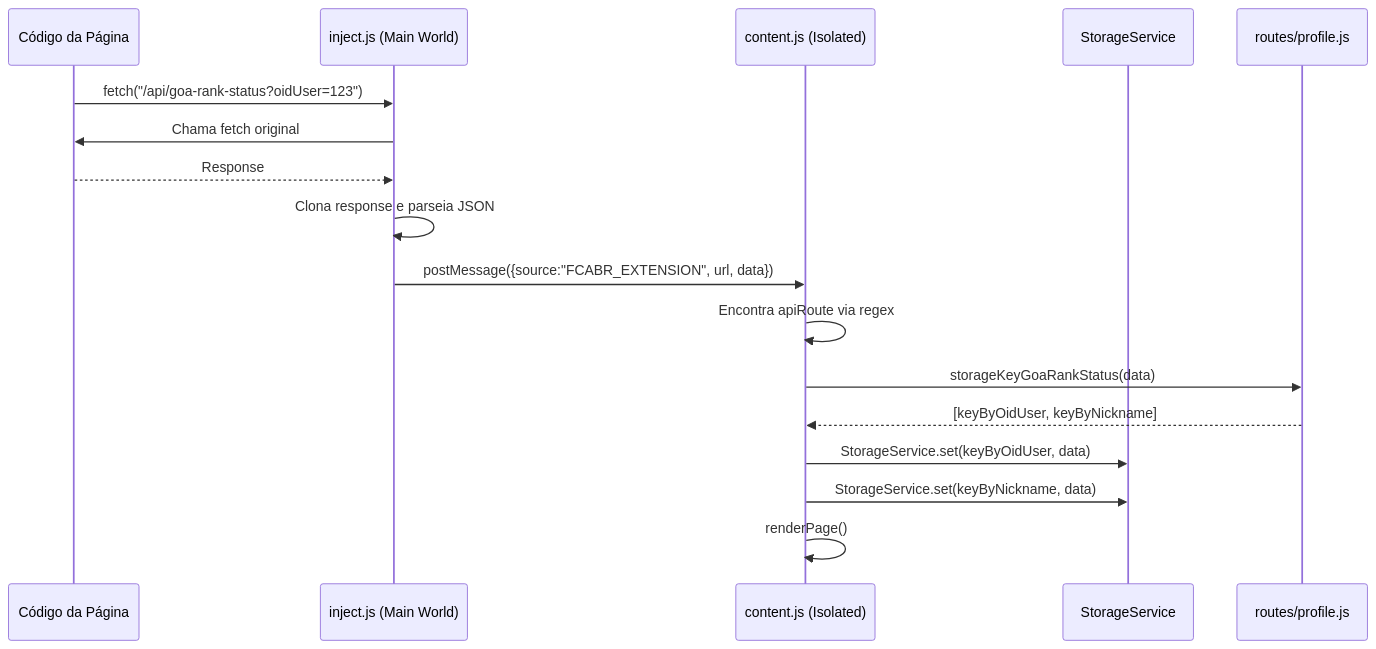
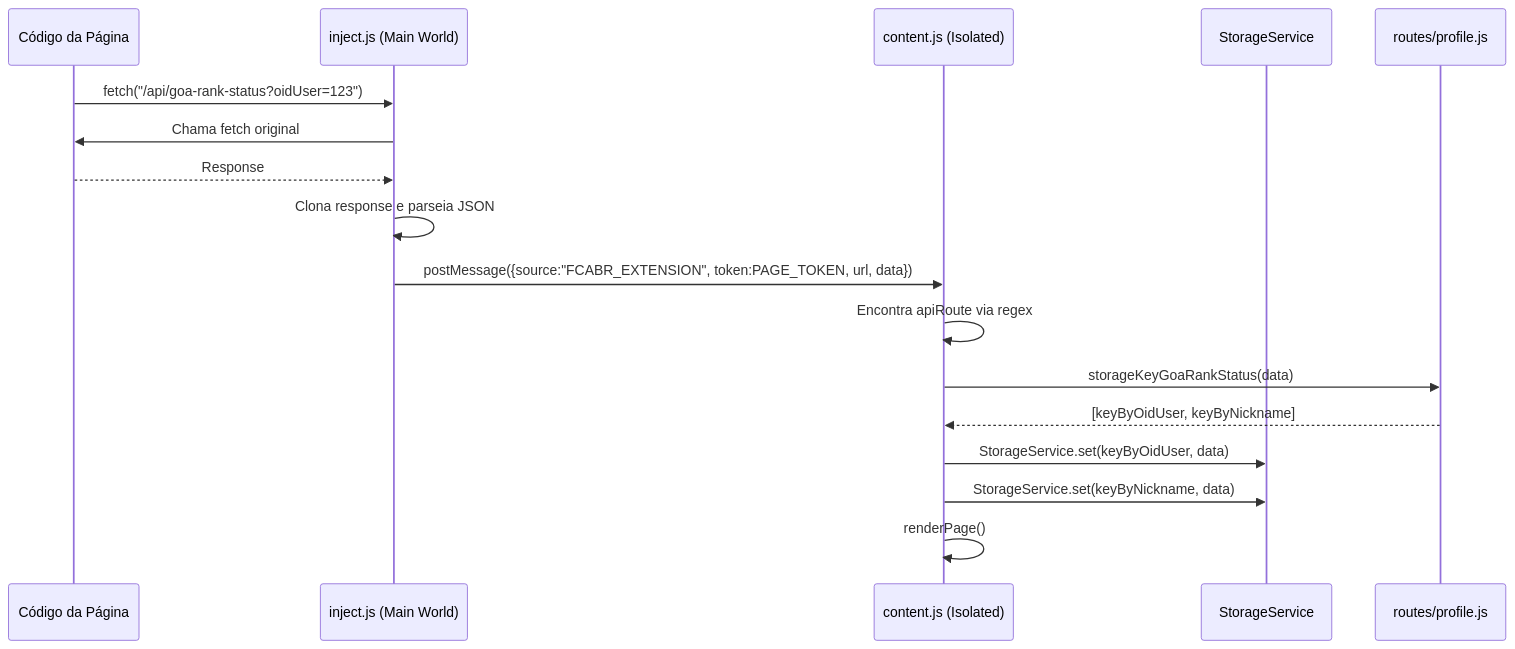
One commit to rafaelandrade74/fcabr-booster changed the second of 7 diagrams in documentation/FLOWS.md. Above: the diagram before and after it, drawn with Mermaid. The commit also changed other lines of this file and 6 other files, not shown here.

First line of the commit message:
docs: atualizar documentação para postMessage token e webpack dev/prod

````diff
--- a/documentation/FLOWS.md
+++ b/documentation/FLOWS.md
@@ -33,20 +34,20 @@
 ```mermaid
 sequenceDiagram
     participant Page as Código da Página
     participant Inject as inject.js (Main World)
     participant Content as content.js (Isolated)
     participant Storage as StorageService
     participant Profile as routes/profile.js
 
     Page->>Inject: fetch("/api/goa-rank-status?oidUser=123")
     Inject->>Page: Chama fetch original
     Page-->>Inject: Response
     Inject->>Inject: Clona response e parseia JSON
-    Inject->>Content: postMessage({source:"FCABR_EXTENSION", url, data})
+    Inject->>Content: postMessage({source:"FCABR_EXTENSION", token:PAGE_TOKEN, url, data})
     Content->>Content: Encontra apiRoute via regex
     Content->>Profile: storageKeyGoaRankStatus(data)
     Profile-->>Content: [keyByOidUser, keyByNickname]
     Content->>Storage: StorageService.set(keyByOidUser, data)
     Content->>Storage: StorageService.set(keyByNickname, data)
     Content->>Content: renderPage()
 ```
````
